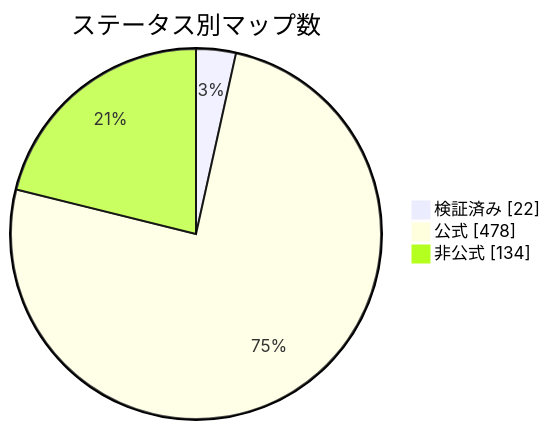
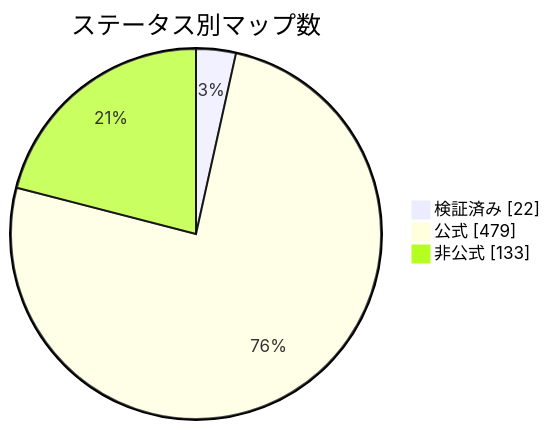
The diagram in docs/readme/README_JP.md (nobrega8/mbmap-library), drawn with Mermaid before and after one commit. The commit also changed 6 other files, not shown here.

````diff
--- a/docs/readme/README_JP.md
+++ b/docs/readme/README_JP.md
@@ -54,7 +54,7 @@
 ```mermaid
 pie showData
     title ステータス別マップ数
     "検証済み" : 22
-    "公式" : 478
-    "非公式" : 134
+    "公式" : 479
+    "非公式" : 133
 ```
````
